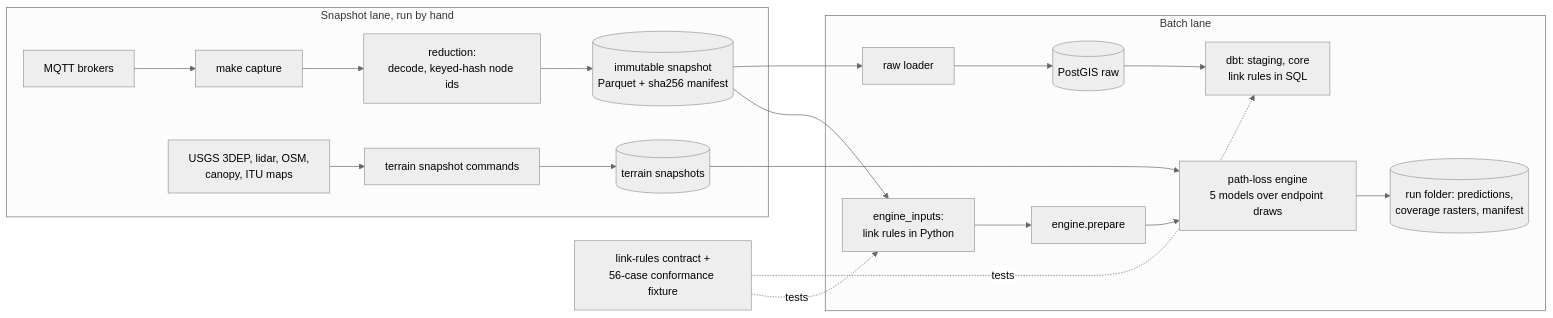
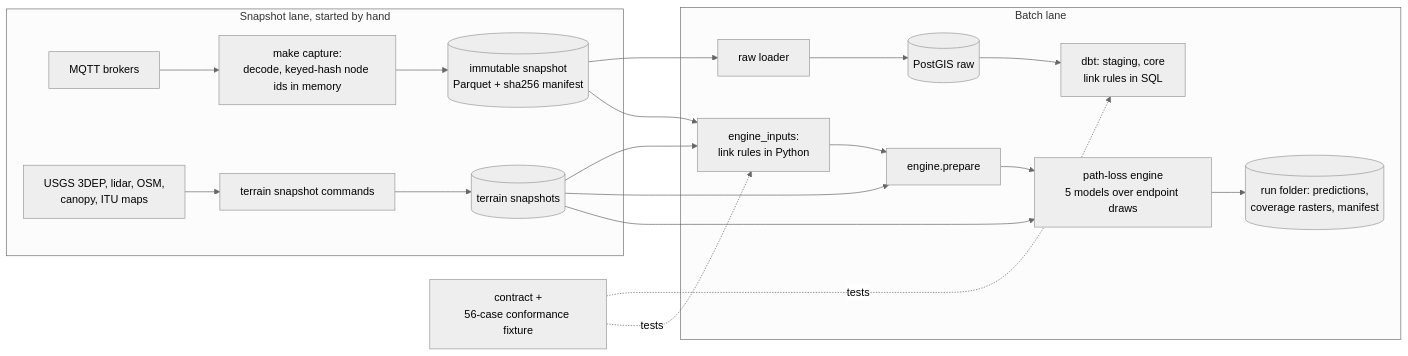
Before and after one commit to Caseykelly87/mesh-terrain: the diagram in README.md, drawn with Mermaid (neutral theme). The commit also changed other lines of this file and 1 other file, not shown here.

````diff
--- a/README.md
+++ b/README.md
@@ -9,17 +11,19 @@
 ```mermaid
 flowchart LR
-  subgraph capture [Snapshot lane, run by hand]
-    A[MQTT brokers] --> B[make capture] --> C[reduction:<br/>decode, keyed-hash node ids]
-    C --> D[(immutable snapshot<br/>Parquet + sha256 manifest)]
+  subgraph capture [Snapshot lane, started by hand]
+    A[MQTT brokers] --> B[make capture:<br/>decode, keyed-hash node ids in memory]
+    B --> D[(immutable snapshot<br/>Parquet + sha256 manifest)]
     T[USGS 3DEP, lidar, OSM,<br/>canopy, ITU maps] --> U[terrain snapshot commands] --> V[(terrain snapshots)]
   end
   subgraph batch [Batch lane]
     D --> E[raw loader] --> F[(PostGIS raw)] --> G[dbt: staging, core<br/>link rules in SQL]
     D --> H[engine_inputs:<br/>link rules in Python]
     H --> I[engine.prepare] --> J[path-loss engine<br/>5 models over endpoint draws]
+    V --> H
+    V --> I
     V --> J
     J --> K[(run folder: predictions,<br/>coverage rasters, manifest)]
   end
-  L[link-rules contract +<br/>56-case conformance fixture] -.tests.-> G
+  L[contract +<br/>56-case conformance fixture] -.tests.-> G
   L -.tests.-> H
 ```
````
